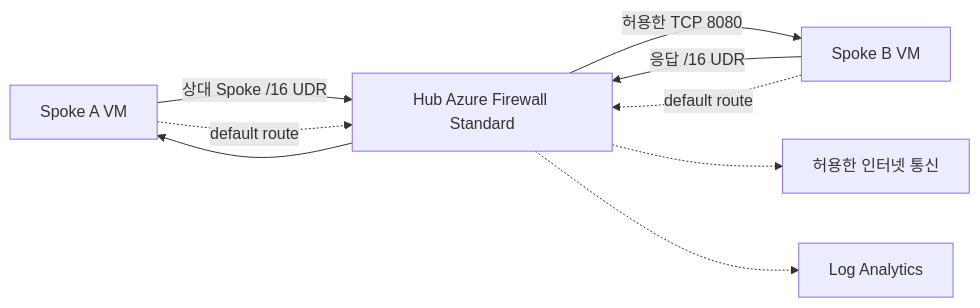
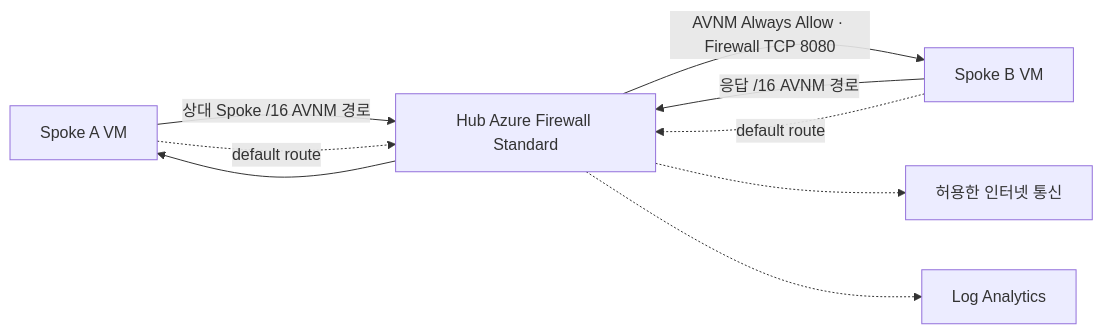
The second of 2 diagrams in README.md (freeman9844/ms-landing-zone-02), drawn with Mermaid before and after one commit. The commit also changed other lines of this file and 23 other files, not shown here.

````diff
--- a/README.md
+++ b/README.md
@@ -75,11 +75,11 @@
 ```mermaid
 flowchart LR
-  A["Spoke A VM"] -->|"상대 Spoke /16 UDR"| F["Hub Azure Firewall Standard"]
-  F -->|"허용한 TCP 8080"| B["Spoke B VM"]
-  B -->|"응답 /16 UDR"| F
+  A["Spoke A VM"] -->|"상대 Spoke /16 AVNM 경로"| F["Hub Azure Firewall Standard"]
+  F -->|"AVNM Always Allow · Firewall TCP 8080"| B["Spoke B VM"]
+  B -->|"응답 /16 AVNM 경로"| F
   F --> A
   A -.->|"default route"| F
   B -.->|"default route"| F
   F -.-> I["허용한 인터넷 통신"]
   F -.-> L["Log Analytics"]
 ```
````
